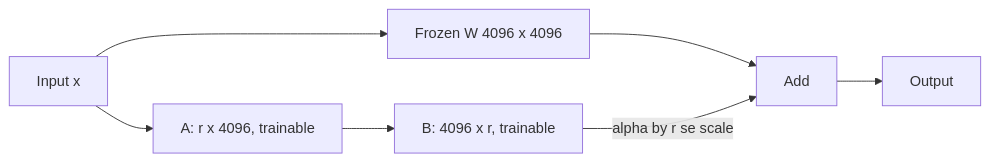
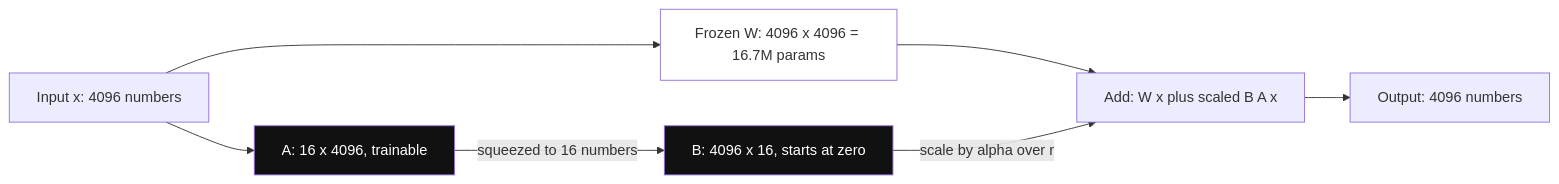
Before and after one commit to flow6979/viewinter: the sixth of 16 diagrams in content/11-agentic/16-fine-tuning.md, drawn with Mermaid. The commit also changed other lines of this file and 85 other files, not shown here.

First line of the commit message:
AI + RAG content: add diagrams across every page (196 -> 513)

````diff
--- a/content/11-agentic/16-fine-tuning.md
+++ b/content/11-agentic/16-fine-tuning.md
@@ -219,9 +271,13 @@
 ```mermaid
 flowchart LR
-    X["Input x"] --> W["Frozen W 4096 x 4096"]
-    X --> A["A: r x 4096, trainable"]
-    A --> B["B: 4096 x r, trainable"]
-    W --> S["Add"]
-    B -->|alpha by r se scale| S
-    S --> Y["Output"]
+    X["Input x: 4096 numbers"] --> W["Frozen W: 4096 x 4096 = 16.7M params"]
+    X --> A["A: 16 x 4096, trainable"]
+    A -->|squeezed to 16 numbers| B["B: 4096 x 16, starts at zero"]
+    W --> S["Add: W x plus scaled B A x"]
+    B -->|scale by alpha over r| S
+    S --> Y["Output: 4096 numbers"]
+    class W dim
+    class A,B hot
+    classDef hot fill:#111,color:#fff
+    classDef dim fill:#fff
 ```
````
